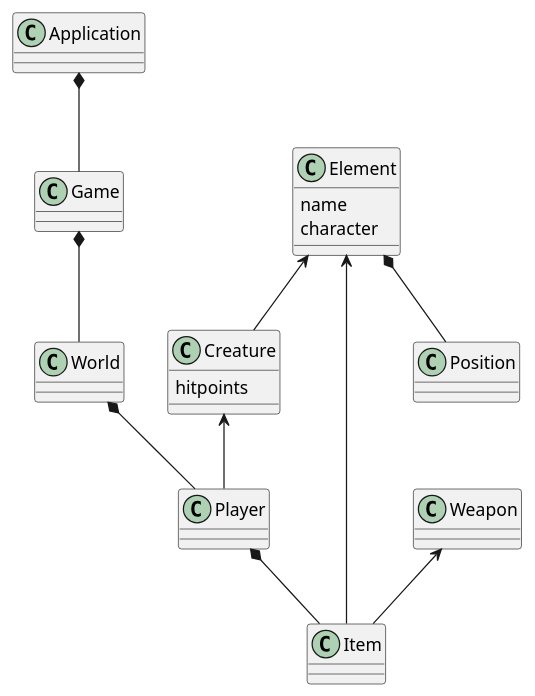
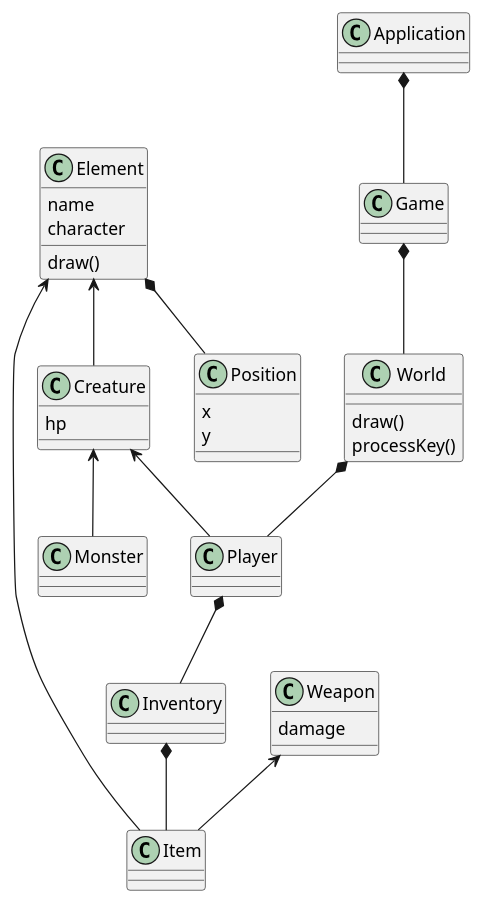
Before and after one commit to Educorreia932/FEUP-LPOO: the diagram in uml.puml, drawn with PlantUML. The commit also changed 9 other files, not shown here.

```diff
--- a/uml.puml
+++ b/uml.puml
@@ -1,38 +1,47 @@
 @startuml hero
 
-class Application 
+class World {
+    draw()
+    processKey()
+}
 
-class World
-
-class Game
+class Position {
+    x
+    y
+}
 
 class Element {
     name
     character
+
+    draw()
 }
 
-class Player
-
 class Creature {
-    hitpoints
+    hp
 }
 
-class Item
+class Weapon {
+    damage
+}
 
 Application *-- Game
 
 Game *-- World
 
 World *-- Player
 
 Element <-- Creature
 Element <-- Item
 Element *-- Position
 
 Creature <-- Player
+Creature <-- Monster
 
-Player *-- Item
+Player *-- Inventory
+
+Inventory *-- Item
 
 Weapon <-- Item
 
 @enduml
```
